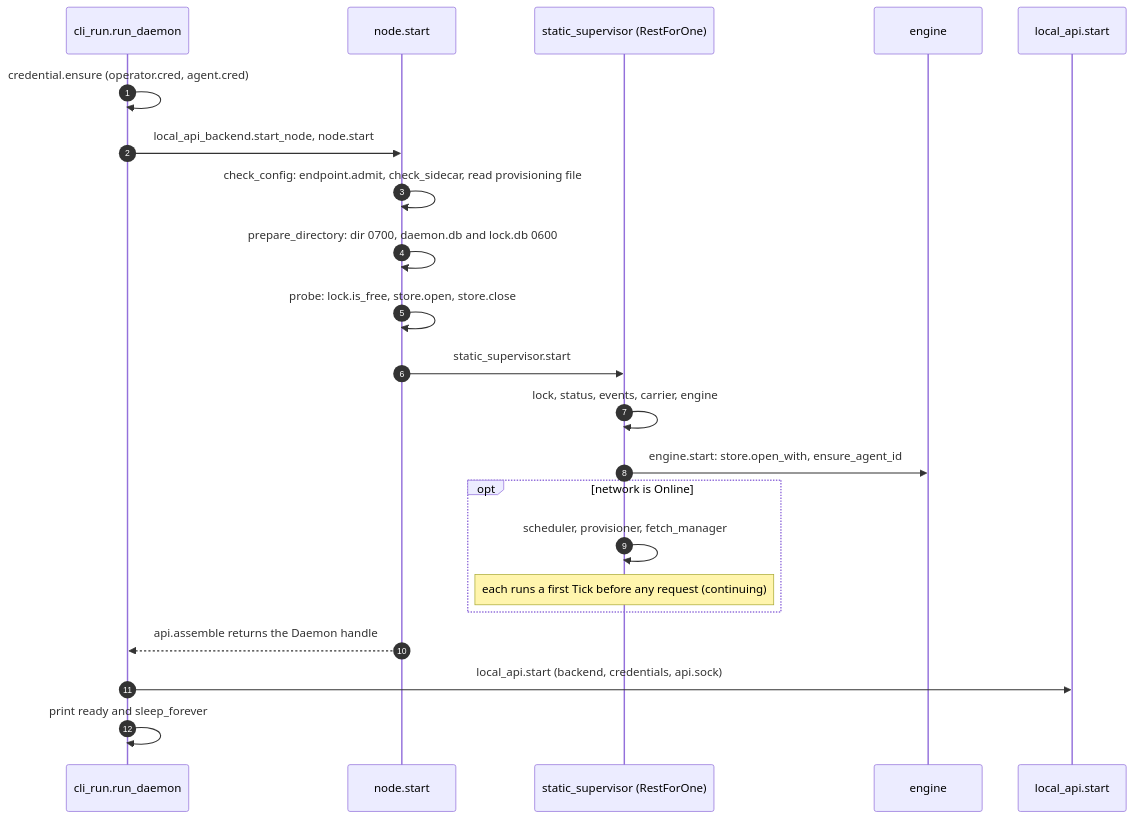
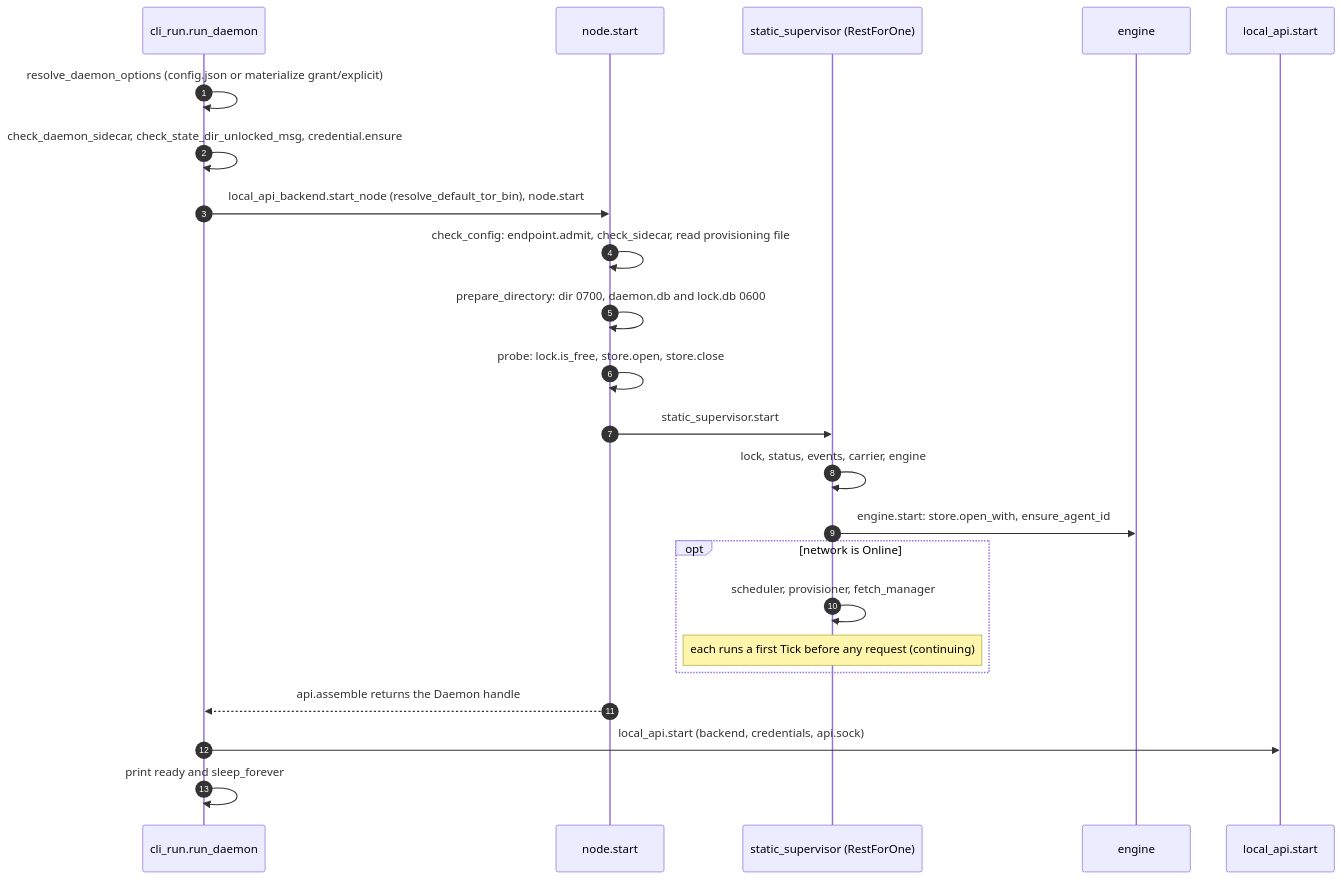
The second of 14 diagrams in packages/daemon/README.md (Roasbeef/pondline), drawn with Mermaid before and after one commit. The commit also changed other lines of this file and 10 other files, not shown here.

First line of the commit message:
docs: sync architecture docs and site allowlist with ADR-015

````diff
--- a/packages/daemon/README.md
+++ b/packages/daemon/README.md
@@ -85,25 +85,26 @@
 ```mermaid
 sequenceDiagram
     autonumber
     participant Run as cli_run.run_daemon
     participant Node as node.start
     participant Sup as static_supervisor (RestForOne)
     participant Eng as engine
     participant Api as local_api.start
 
-    Run->>Run: credential.ensure (operator.cred, agent.cred)
-    Run->>Node: local_api_backend.start_node, node.start
+    Run->>Run: resolve_daemon_options (config.json or materialize grant/explicit)
+    Run->>Run: check_daemon_sidecar, check_state_dir_unlocked_msg, credential.ensure
+    Run->>Node: local_api_backend.start_node (resolve_default_tor_bin), node.start
     Node->>Node: check_config: endpoint.admit, check_sidecar, read provisioning file
     Node->>Node: prepare_directory: dir 0700, daemon.db and lock.db 0600
     Node->>Node: probe: lock.is_free, store.open, store.close
     Node->>Sup: static_supervisor.start
     Sup->>Sup: lock, status, events, carrier, engine
     Sup->>Eng: engine.start: store.open_with, ensure_agent_id
     opt network is Online
         Sup->>Sup: scheduler, provisioner, fetch_manager
         Note over Sup: each runs a first Tick before any request (continuing)
     end
     Node-->>Run: api.assemble returns the Daemon handle
     Run->>Api: local_api.start (backend, credentials, api.sock)
     Run->>Run: print ready and sleep_forever
 ```
````
